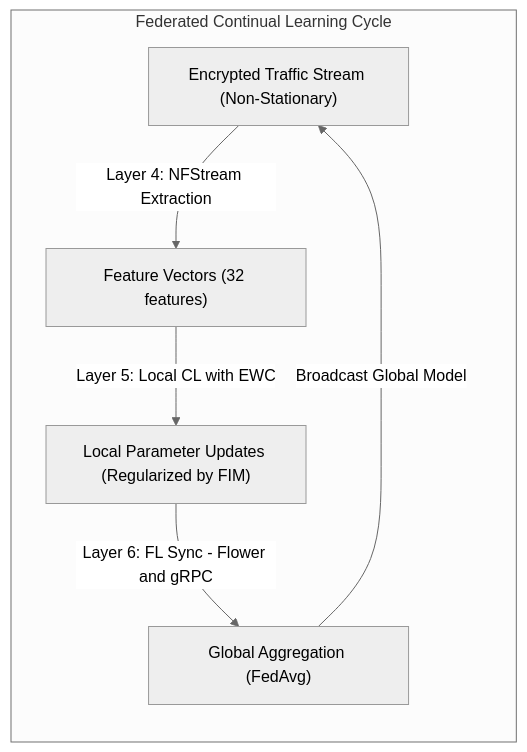
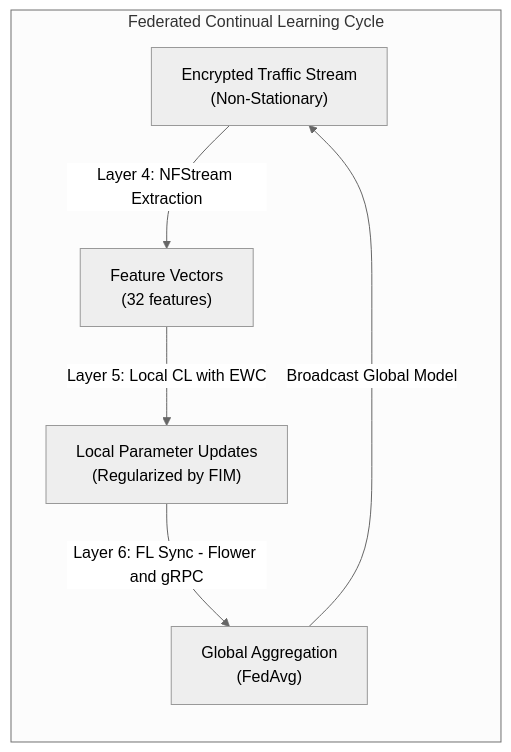
One commit to rhaffle87/fl-cl changed the first of 4 diagrams in docs/04_deployment_walkthrough.md. Above: the diagram before and after it, drawn with Mermaid (neutral theme).

Commit message:
docs: add deployment walkthrough for hybrid federated-continual learning testbed

````diff
--- a/docs/04_deployment_walkthrough.md
+++ b/docs/04_deployment_walkthrough.md
@@ -14,9 +14,9 @@
 ```mermaid
 graph RL
     subgraph Conceptual_Pipeline ["Federated Continual Learning Cycle"]
-        DataStream["Encrypted Traffic Stream (Non-Stationary)"] -->|Layer 4: NFStream Extraction| FeatureTensors["Feature Vectors (32 features)"]
-        FeatureTensors -->|Layer 5: Local CL with EWC| LocalUpdates["Local Parameter Updates (Regularized by FIM)"]
-        LocalUpdates -->|Layer 6: FL Sync - Flower and gRPC| GlobalAggregator["Global Aggregation (FedAvg)"]
+        DataStream["Encrypted Traffic Stream <br> (Non-Stationary)"] -->|Layer 4: NFStream Extraction| FeatureTensors["Feature Vectors <br> (32 features)"]
+        FeatureTensors -->|Layer 5: Local CL with EWC| LocalUpdates["Local Parameter Updates <br> (Regularized by FIM)"]
+        LocalUpdates -->|Layer 6: FL Sync - Flower and gRPC| GlobalAggregator["Global Aggregation <br> (FedAvg)"]
         GlobalAggregator -->|Broadcast Global Model| DataStream
     end
 ```
````
